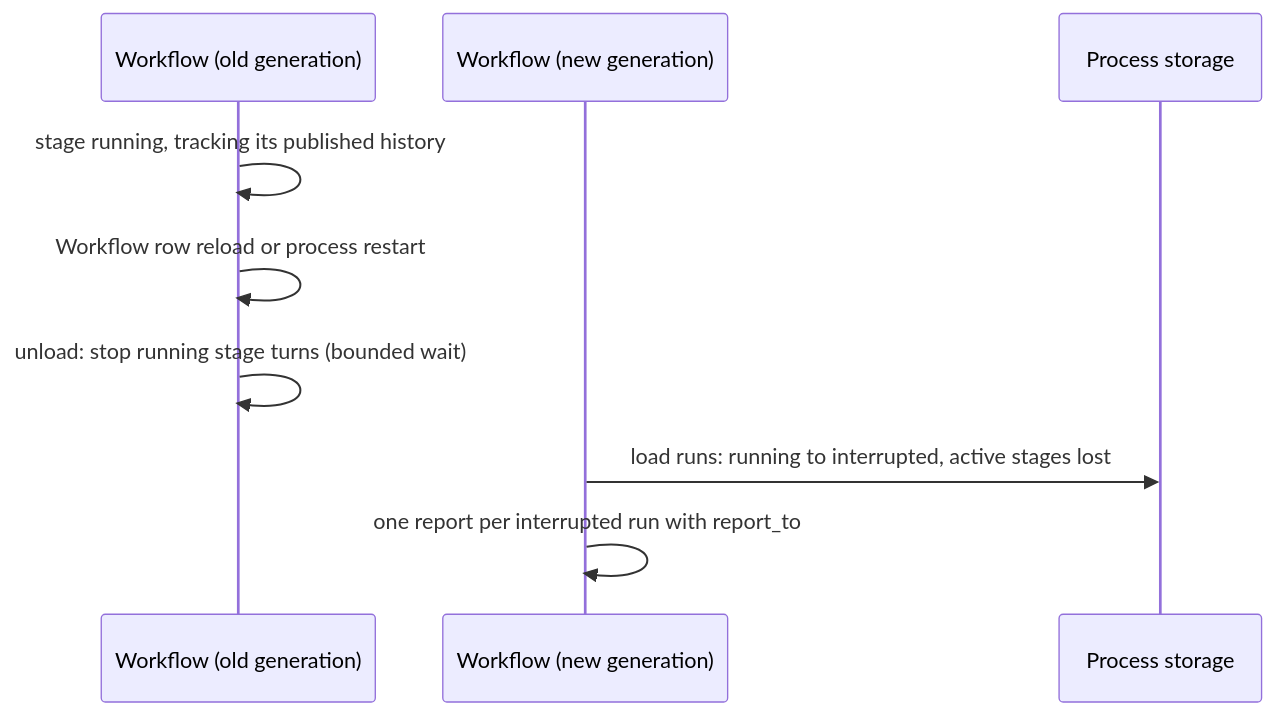
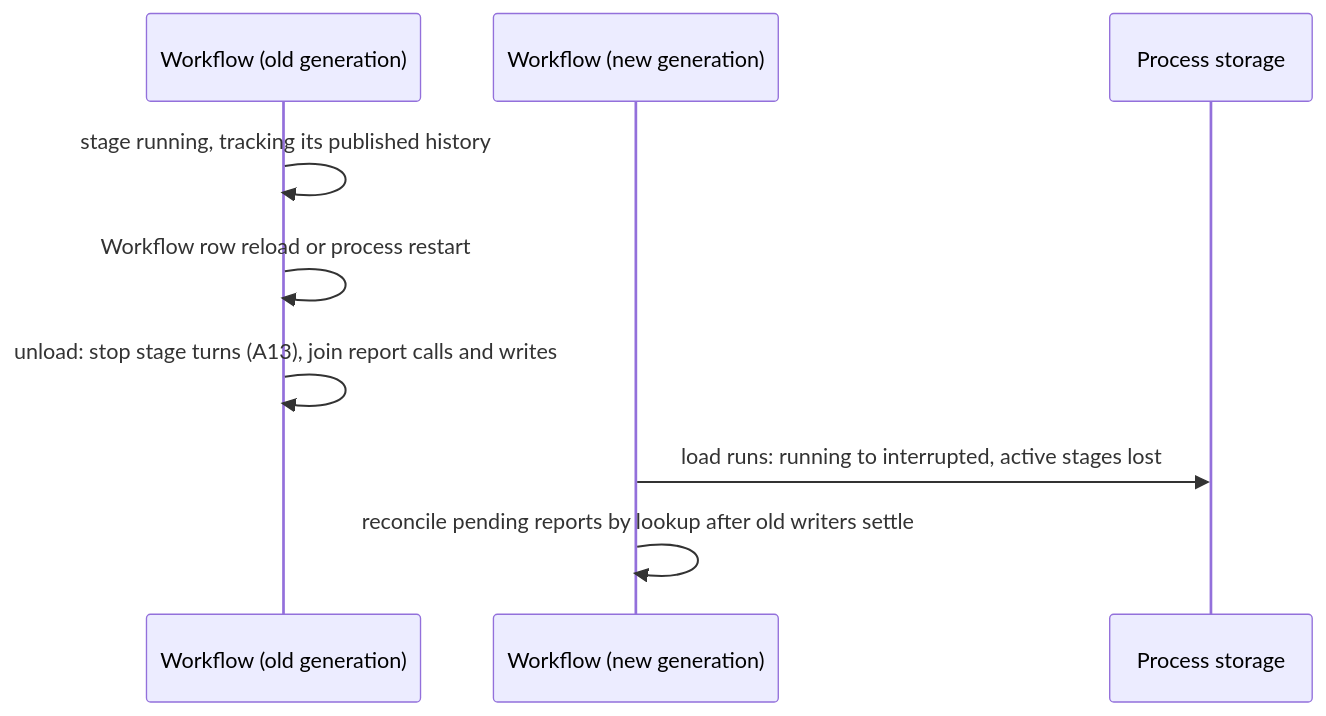
The sixth of 6 diagrams in docs/design/plugins/Workflow.md (CoutinhoTTS/dim-agent), drawn with Mermaid before and after one commit. The commit also changed other lines of this file and 4 other files, not shown here.

````diff
--- a/docs/design/plugins/Workflow.md
+++ b/docs/design/plugins/Workflow.md
@@ -184,11 +208,11 @@
 ```mermaid
 sequenceDiagram
   participant WF as Workflow (old generation)
   participant WF2 as Workflow (new generation)
   participant ST as Process storage
   WF->>WF: stage running, tracking its published history
   WF->>WF: Workflow row reload or process restart
-  WF->>WF: unload: stop running stage turns (bounded wait)
+  WF->>WF: unload: stop stage turns (A13), join report calls and writes
   WF2->>ST: load runs: running to interrupted, active stages lost
-  WF2->>WF2: one report per interrupted run with report_to
+  WF2->>WF2: reconcile pending reports by lookup after old writers settle
 ```
````
